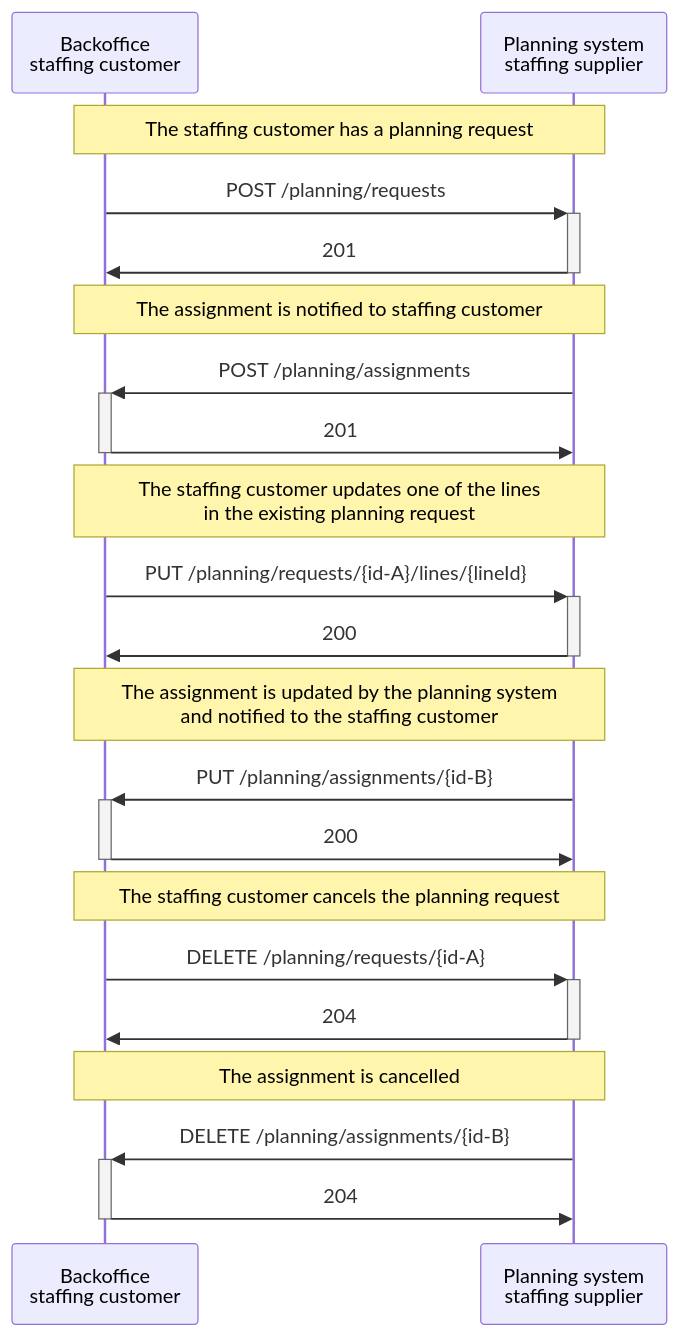
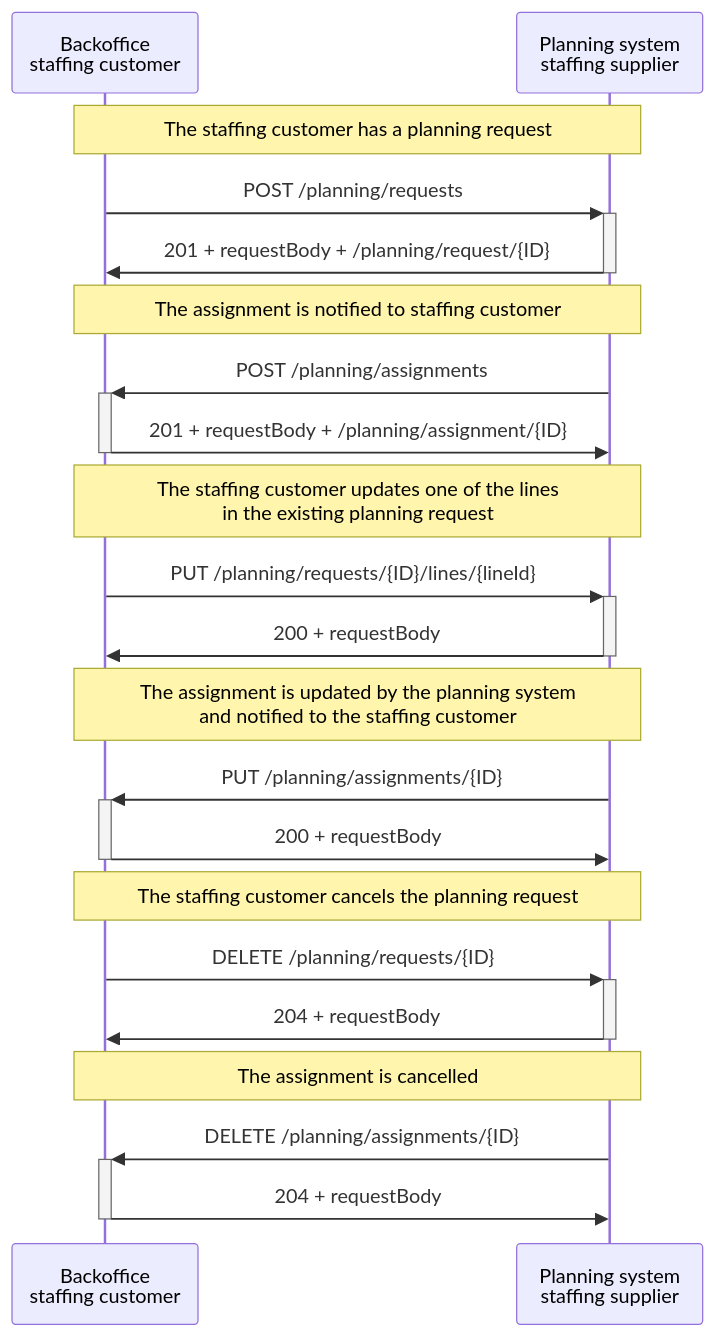
The diagram in app/docs/planning/Scenario 1/StaffingCustomer_and_StaffingSupplier.md (setu-standards/documentation), drawn with Mermaid before and after one commit. The commit also changed other lines of this file and 2 other files, not shown here.

Commit message:
Consistency of identifier usage throughout docs

````diff
--- a/app/docs/planning/Scenario 1/StaffingCustomer_and_StaffingSupplier.md
+++ b/app/docs/planning/Scenario 1/StaffingCustomer_and_StaffingSupplier.md
@@ -15,29 +17,29 @@
 ```mermaid
 sequenceDiagram
     participant Customer as Backoffice <br/> staffing customer
     participant Planning as Planning system <br/> staffing supplier
 
     Note over Customer,Planning: The staffing customer has a planning request
     Customer ->>+ Planning: POST /planning/requests
-    Planning ->>- Customer: 201
+    Planning ->>- Customer: 201 + requestBody + /planning/request/{ID}
 
     Note over Customer,Planning: The assignment is notified to staffing customer
     Planning ->>+ Customer: POST /planning/assignments
-    Customer ->>- Planning: 201
+    Customer ->>- Planning: 201 + requestBody + /planning/assignment/{ID}
 
     Note over Customer,Planning: The staffing customer updates one of the lines<br/>in the existing planning request
-    Customer ->>+ Planning: PUT /planning/requests/{id-A}/lines/{lineId}
-    Planning ->>- Customer: 200
+    Customer ->>+ Planning: PUT /planning/requests/{ID}/lines/{lineId}
+    Planning ->>- Customer: 200 + requestBody
 
     Note over Customer,Planning: The assignment is updated by the planning system<br/> and notified to the staffing customer
-    Planning ->>+ Customer: PUT /planning/assignments/{id-B}
-    Customer ->>- Planning: 200
+    Planning ->>+ Customer: PUT /planning/assignments/{ID}
+    Customer ->>- Planning: 200 + requestBody
 
     Note over Customer,Planning: The staffing customer cancels the planning request
-    Customer ->>+ Planning: DELETE /planning/requests/{id-A}
-    Planning ->>- Customer: 204
+    Customer ->>+ Planning: DELETE /planning/requests/{ID}
+    Planning ->>- Customer: 204 + requestBody
 
     Note over Customer,Planning: The assignment is cancelled
-    Planning ->>+ Customer: DELETE /planning/assignments/{id-B}
-    Customer ->>- Planning: 204
+    Planning ->>+ Customer: DELETE /planning/assignments/{ID}
+    Customer ->>- Planning: 204 + requestBody
 ```
````
